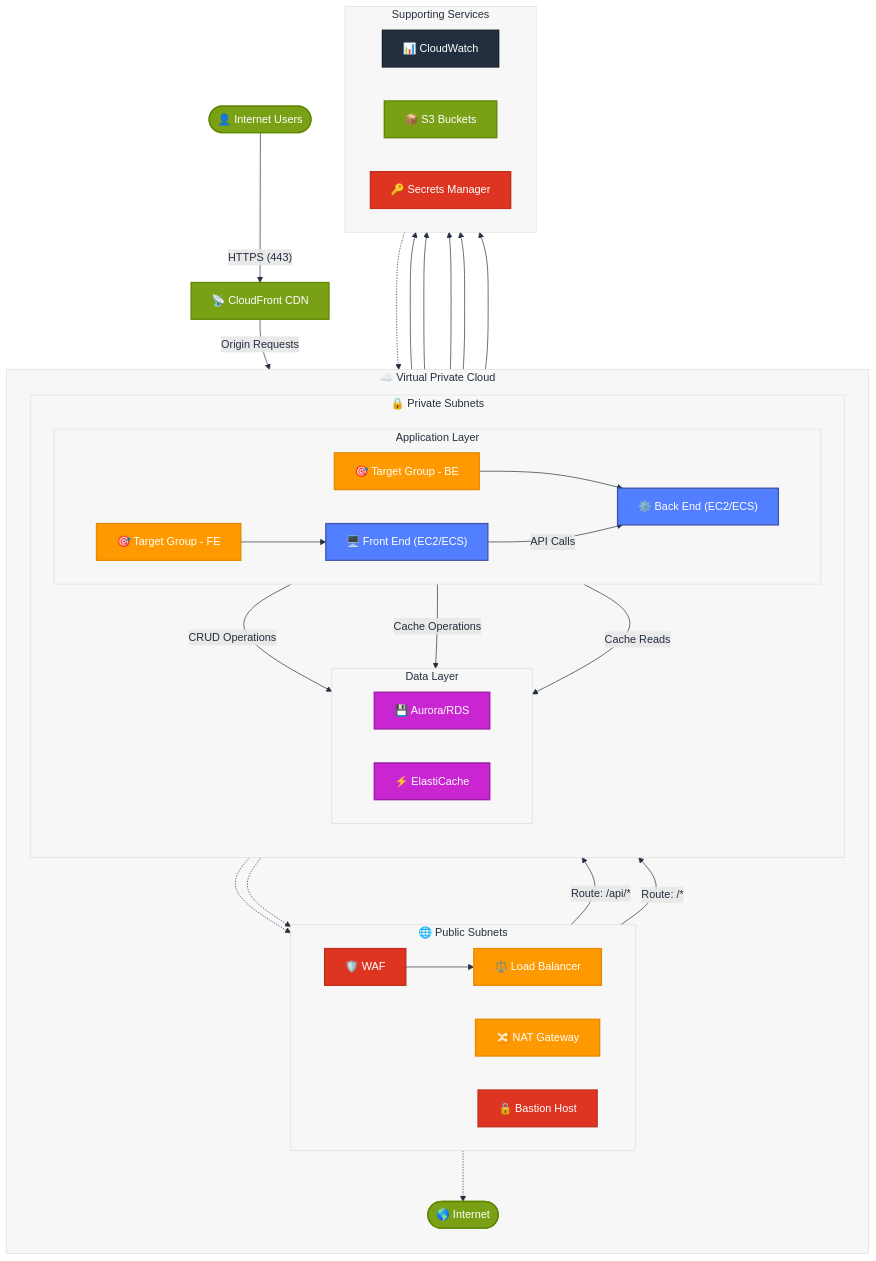
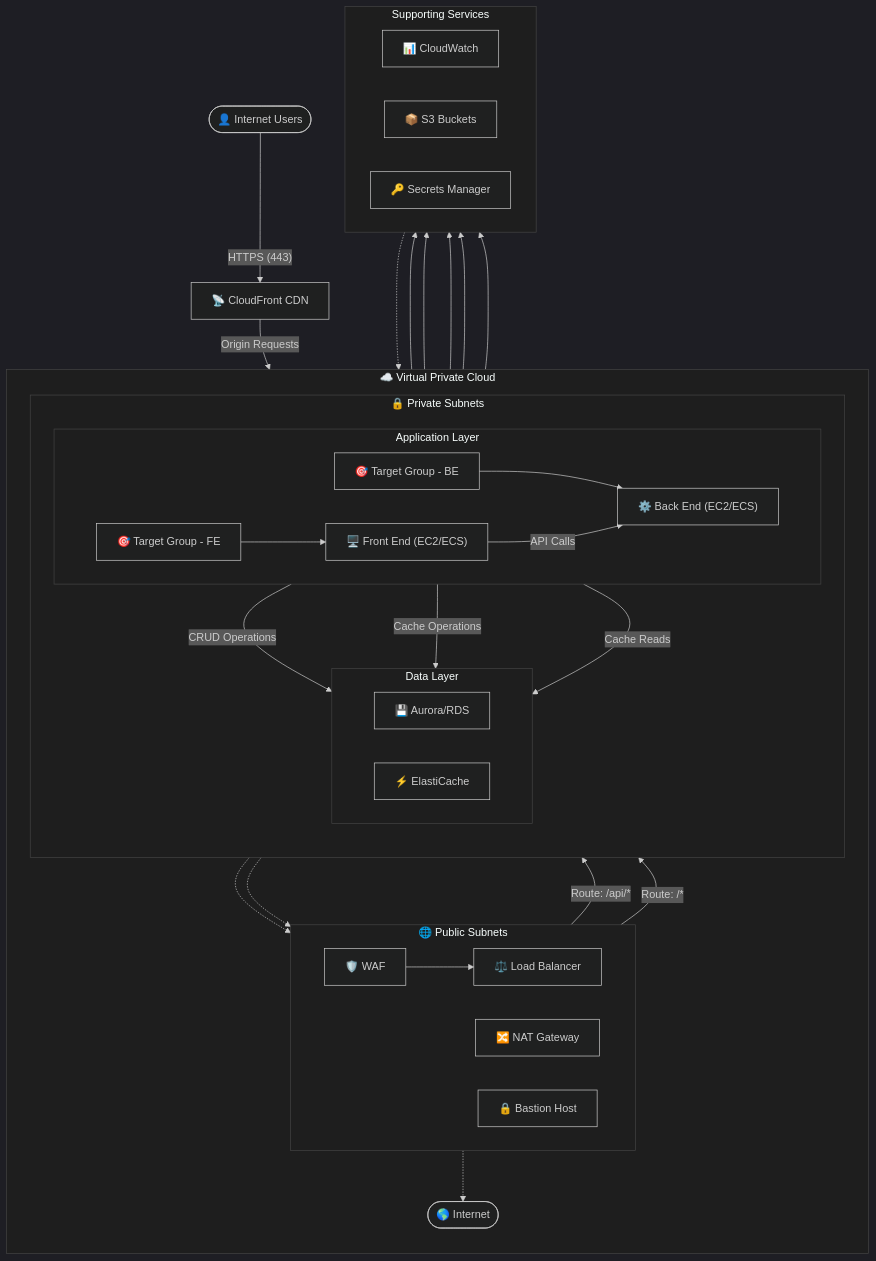
The diagram in simple_webapp.mermaid (hemzaz/mermaids), drawn with Mermaid before and after one commit. The commit also changed 15 other files, not shown here.

```diff
--- a/simple_webapp.mermaid
+++ b/simple_webapp.mermaid
@@ -1,102 +1,87 @@
-%%{init: {'theme':'default', 'themeVariables': { 
+%%{init: {'theme':'dark', 'themeVariables': { 
     'primaryColor': '#FF9900', 
     'primaryBorderColor': '#E88A00', 
-    'primaryTextColor': '#232F3E',
+    'primaryTextColor': '#fff',
     'secondaryColor': '#232F3E',
     'tertiaryColor': '#527FFF',
-    'lineColor': '#232F3E',
-    'textColor': '#232F3E',
-    'clusterBkg': '#F7F7F7',
-    'clusterBorder': '#DDDDDD'
+    'lineColor': '#CCCCCC',
+    'textColor': '#CCCCCC',
+    'clusterBkg': '#1E1E1E',
+    'clusterBorder': '#444444',
+    'background': '#282a36'
 }}}%%
 
 flowchart TD
     %% === AWS SIMPLE WEB APPLICATION ARCHITECTURE ===
     %% Title: AWS-Based Web Application Architecture
     %% Description: Basic three-tier web application architecture in AWS VPC
 
     %% External User Connection
     User(["👤 Internet Users"]) -- "HTTPS (443)" --> CloudFront["📡 CloudFront CDN"]
     CloudFront -- "Origin Requests" --> WAF
     
     %% VPC Architecture
     subgraph VPC ["☁️ Virtual Private Cloud"]
         direction TB
         
         %% Public Tier
         subgraph PublicSubnets ["🌐 Public Subnets"]
             direction LR
             WAF["🛡️ WAF"]
             LB["⚖️ Load Balancer"]
             NAT["🔀 NAT Gateway"]
             Bastion["🔒 Bastion Host"]
         end
         
         %% Application Tier
         subgraph PrivateSubnets ["🔒 Private Subnets"]
             direction TB
             
             subgraph AppLayer ["Application Layer"]
                 direction LR
                 TG_FE["🎯 Target Group - FE"]
                 TG_BE["🎯 Target Group - BE"]
                 FE["🖥️ Front End (EC2/ECS)"]
                 BE["⚙️ Back End (EC2/ECS)"]
             end
             
             subgraph DataLayer ["Data Layer"]
                 direction LR
                 RDS["💾 Aurora/RDS"]
                 ElastiCache["⚡ ElastiCache"]
             end
         end
         
         %% VPC Flow
         WAF --> LB
         LB -- "Route: /api/*" --> TG_BE
         LB -- "Route: /*" --> TG_FE
         TG_FE --> FE
         TG_BE --> BE
         
         %% Private Resources Communication
         FE -- "API Calls" --> BE
         BE -- "CRUD Operations" --> RDS
         BE -- "Cache Operations" --> ElastiCache
         FE -- "Cache Reads" --> ElastiCache
         
         %% Outbound Internet Access
         FE & BE -.-> NAT
         NAT -.-> Internet(["🌎 Internet"])
     end
     
     %% Supporting Services
     subgraph SupportingServices ["Supporting Services"]
         direction LR
         CW["📊 CloudWatch"]
         S3["📦 S3 Buckets"]
         SecretsManager["🔑 Secrets Manager"]
     end
     
     %% Supporting Services Integration
     FE & BE --> CW
     FE & BE --> S3
     BE --> SecretsManager
     SecretsManager -..-> RDS
     
-    %% Style Definitions
-    classDef externalComponent fill:#7AA116,stroke:#5F8700,color:white,stroke-width:2px;
-    classDef securityComponent fill:#DD3522,stroke:#C32F1E,color:white,stroke-width:2px;
-    classDef networkComponent fill:#FF9900,stroke:#E88A00,color:white,stroke-width:2px;
-    classDef computeComponent fill:#527FFF,stroke:#4456AF,color:white,stroke-width:2px;
-    classDef dataComponent fill:#C925D1,stroke:#9B1FA5,color:white,stroke-width:2px;
-    classDef storageComponent fill:#7AA116,stroke:#5F8700,color:white,stroke-width:2px;
-    classDef monitoringComponent fill:#232F3E,stroke:#1A222E,color:white,stroke-width:2px;
-    
-    %% Apply Styles
-    class User,Internet,CloudFront externalComponent
-    class WAF,Bastion,SecretsManager securityComponent
-    class LB,NAT,TG_FE,TG_BE networkComponent
-    class FE,BE computeComponent
-    class RDS,ElastiCache dataComponent
-    class S3 storageComponent
-    class CW monitoringComponent
+    %% No custom styling for better compatibility
```
